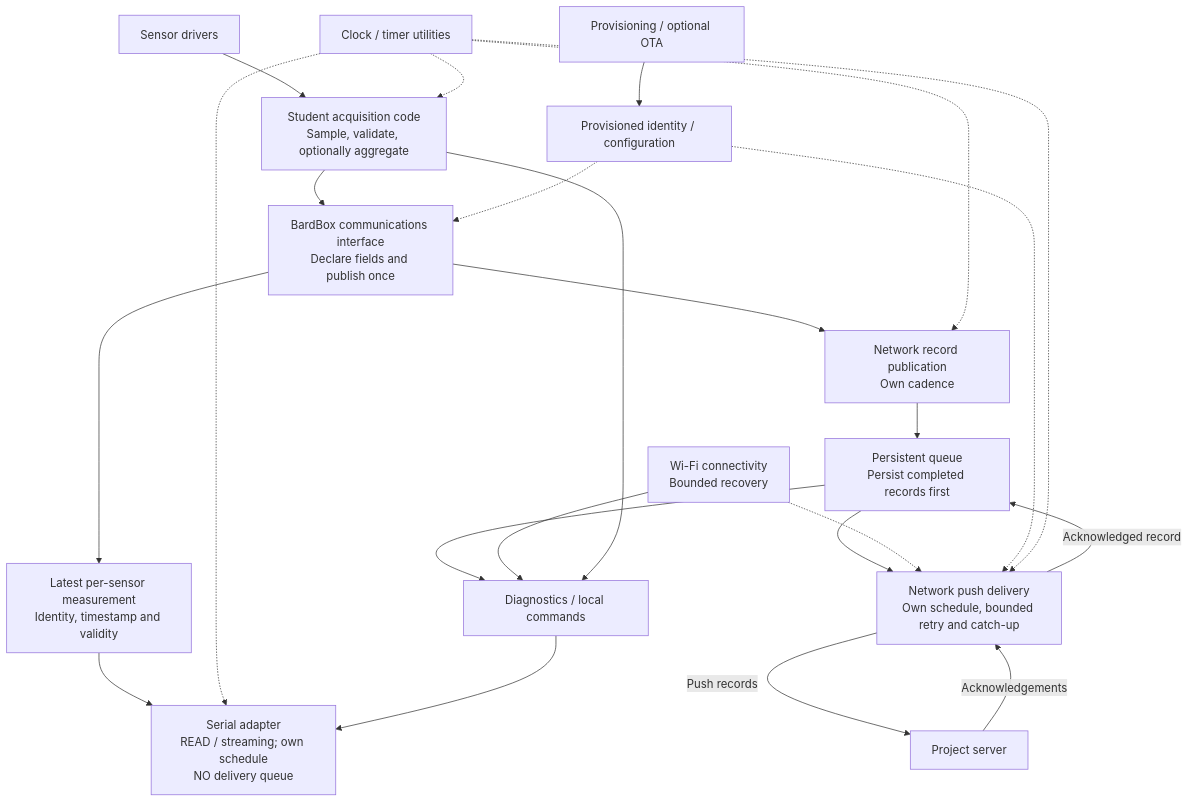
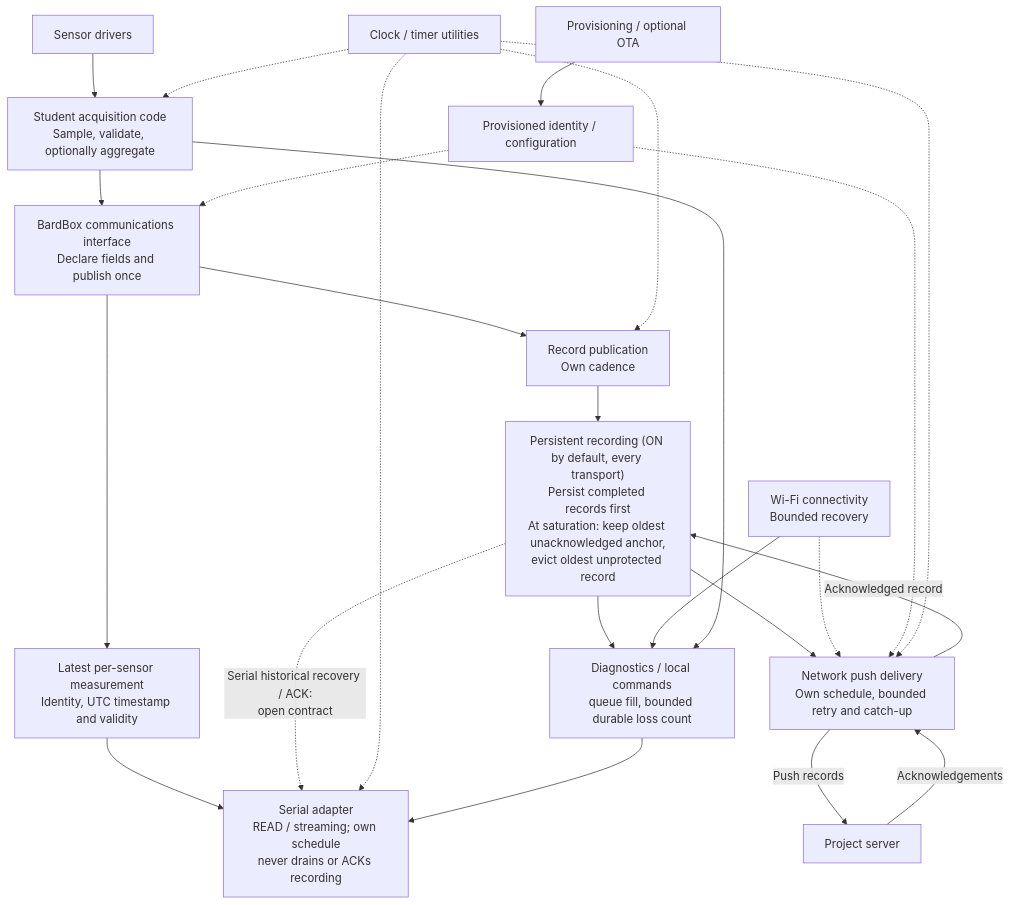
Before and after one commit to bardphysicslab/bardbox: the first of 3 diagrams in docs/architecture-map.md, drawn with Mermaid. The commit also changed other lines of this file and 2 other files, not shown here.

````diff
--- a/docs/architecture-map.md
+++ b/docs/architecture-map.md
@@ -36,26 +43,27 @@
 ```mermaid
 flowchart TB
     Sensors["Sensor drivers"] --> Acquisition["Student acquisition code<br/>Sample, validate, optionally aggregate"]
     Acquisition --> Publish["BardBox communications interface<br/>Declare fields and publish once"]
-    Publish --> Latest["Latest per-sensor measurement<br/>Identity, timestamp and validity"]
-    Latest --> Serial["Serial adapter<br/>READ / streaming; own schedule<br/>NO delivery queue"]
-    Publish --> Records["Network record publication<br/>Own cadence"]
-    Records --> Queue["Persistent queue<br/>Persist completed records first"]
+    Publish --> Latest["Latest per-sensor measurement<br/>Identity, UTC timestamp and validity"]
+    Latest --> Serial["Serial adapter<br/>READ / streaming; own schedule<br/>never drains or ACKs recording"]
+    Publish --> Records["Record publication<br/>Own cadence"]
+    Records --> Queue["Persistent recording (ON by default, every transport)<br/>Persist completed records first<br/>At saturation: keep oldest unacknowledged anchor,<br/>evict oldest unprotected record"]
     Queue --> Upload["Network push delivery<br/>Own schedule, bounded retry and catch-up"]
     Upload -->|Acknowledged record| Queue
     Upload -->|Push records| Server["Project server"]
     Server -->|Acknowledgements| Upload
+    Queue -.->|"Serial historical recovery / ACK:<br/>open contract"| Serial
     WiFi["Wi-Fi connectivity<br/>Bounded recovery"] -.-> Upload
     Identity["Provisioned identity / configuration"] -.-> Publish
     Identity -.-> Upload
     Time["Clock / timer utilities"] -.-> Acquisition
     Time -.-> Records
     Time -.-> Serial
     Time -.-> Upload
-    Diagnostics["Diagnostics / local commands"]
+    Diagnostics["Diagnostics / local commands<br/>queue fill, bounded durable loss count"]
     Queue --> Diagnostics
     WiFi --> Diagnostics
     Acquisition --> Diagnostics
     Diagnostics --> Serial
     Maintenance["Provisioning / optional OTA"] --> Identity
 ```
````
